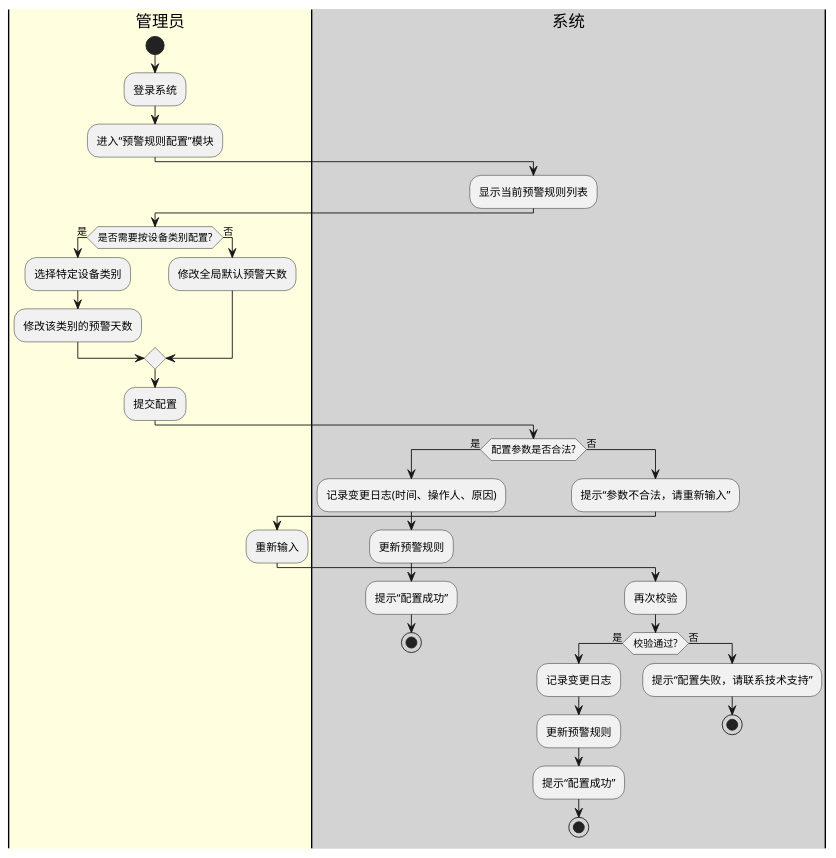
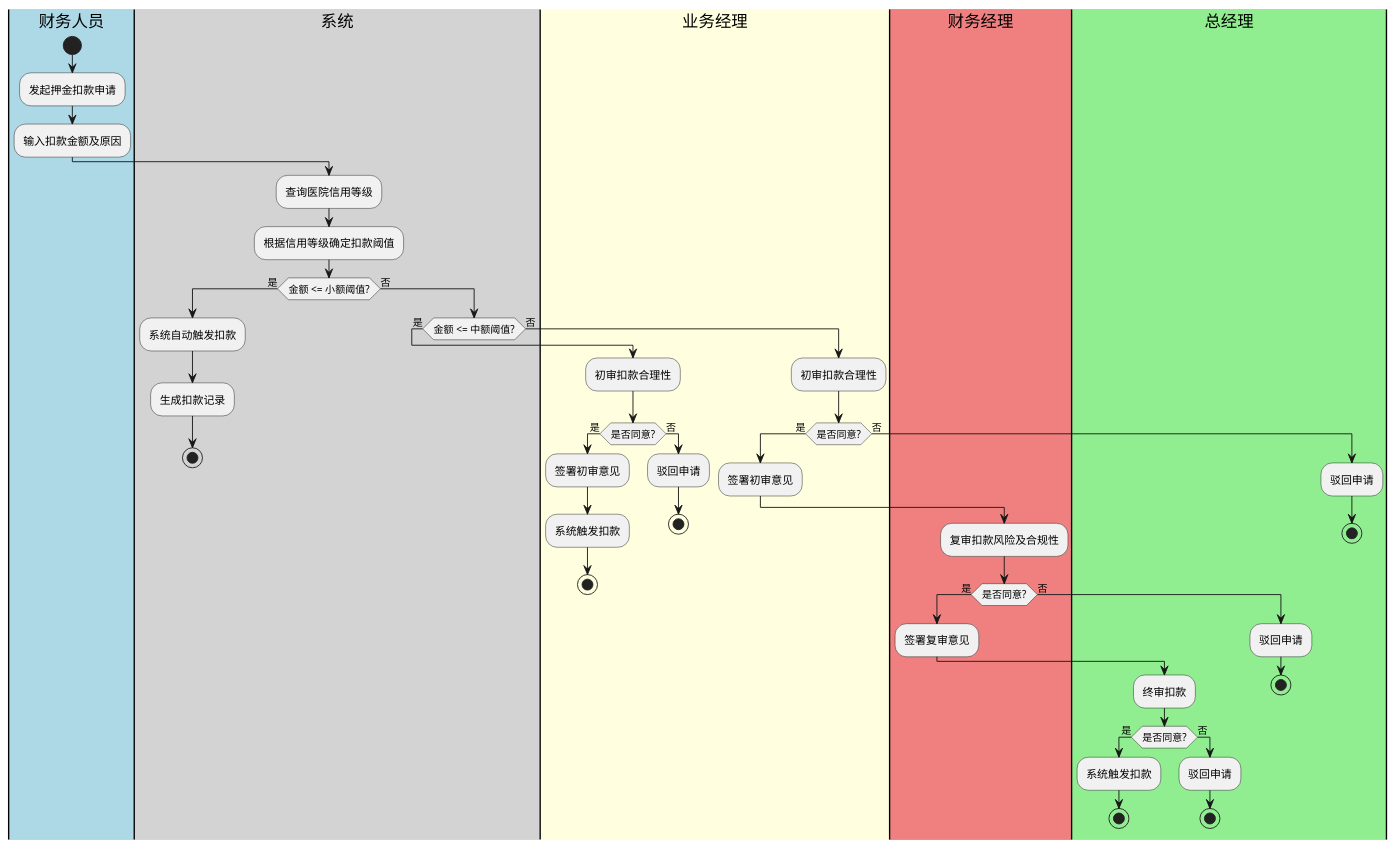
Before and after one commit to JiangHuanzhen/medical-device-rental-system: the third of 5 diagrams in .claude/knowledge-base/wiki/summaries/行为模型图-20260626-v2.puml, drawn with PlantUML. The commit also changed other lines of this file and 223 other files, not shown here.

```diff
--- a/.claude/knowledge-base/wiki/summaries/行为模型图-20260626-v2.puml
+++ b/.claude/knowledge-base/wiki/summaries/行为模型图-20260626-v2.puml
@@ -99,39 +115,56 @@
 @startuml
-|#LightYellow|管理员|
+|#LightBlue|财务人员|
 start
-:登录系统;
-:进入“预警规则配置”模块;
+:发起押金扣款申请;
+:输入扣款金额及原因;
+
 |#LightGray|系统|
-:显示当前预警规则列表;
-|#LightYellow|管理员|
-if (是否需要按设备类别配置?) then (是)
-  :选择特定设备类别;
-  :修改该类别的预警天数;
-else (否)
-  :修改全局默认预警天数;
-endif
-:提交配置;
-|#LightGray|系统|
-if (配置参数是否合法?) then (是)
-  :记录变更日志(时间、操作人、原因);
-  :更新预警规则;
-  :提示“配置成功”;
+:查询医院信用等级;
+:根据信用等级确定扣款阈值;
+
+if (金额 <= 小额阈值?) then (是)
+  :系统自动触发扣款;
+  :生成扣款记录;
   stop
 else (否)
-  :提示“参数不合法，请重新输入”;
-  |#LightYellow|管理员|
-  :重新输入;
-  |#LightGray|系统|
-  :再次校验;
-  if (校验通过?) then (是)
-    :记录变更日志;
-    :更新预警规则;
-    :提示“配置成功”;
-    stop
+  if (金额 <= 中额阈值?) then (是)
+    |#LightYellow|业务经理|
+    :初审扣款合理性;
+    if (是否同意?) then (是)
+      :签署初审意见;
+      :系统触发扣款;
+      stop
+    else (否)
+      :驳回申请;
+      stop
+    endif
   else (否)
-    :提示“配置失败，请联系技术支持”;
-    stop
+    |#LightYellow|业务经理|
+    :初审扣款合理性;
+    if (是否同意?) then (是)
+      :签署初审意见;
+      |#LightCoral|财务经理|
+      :复审扣款风险及合规性;
+      if (是否同意?) then (是)
+        :签署复审意见;
+        |#LightGreen|总经理|
+        :终审扣款;
+        if (是否同意?) then (是)
+          :系统触发扣款;
+          stop
+        else (否)
+          :驳回申请;
+          stop
+        endif
+      else (否)
+        :驳回申请;
+        stop
+      endif
+    else (否)
+      :驳回申请;
+      stop
+    endif
   endif
 endif
 
 @enduml
```
